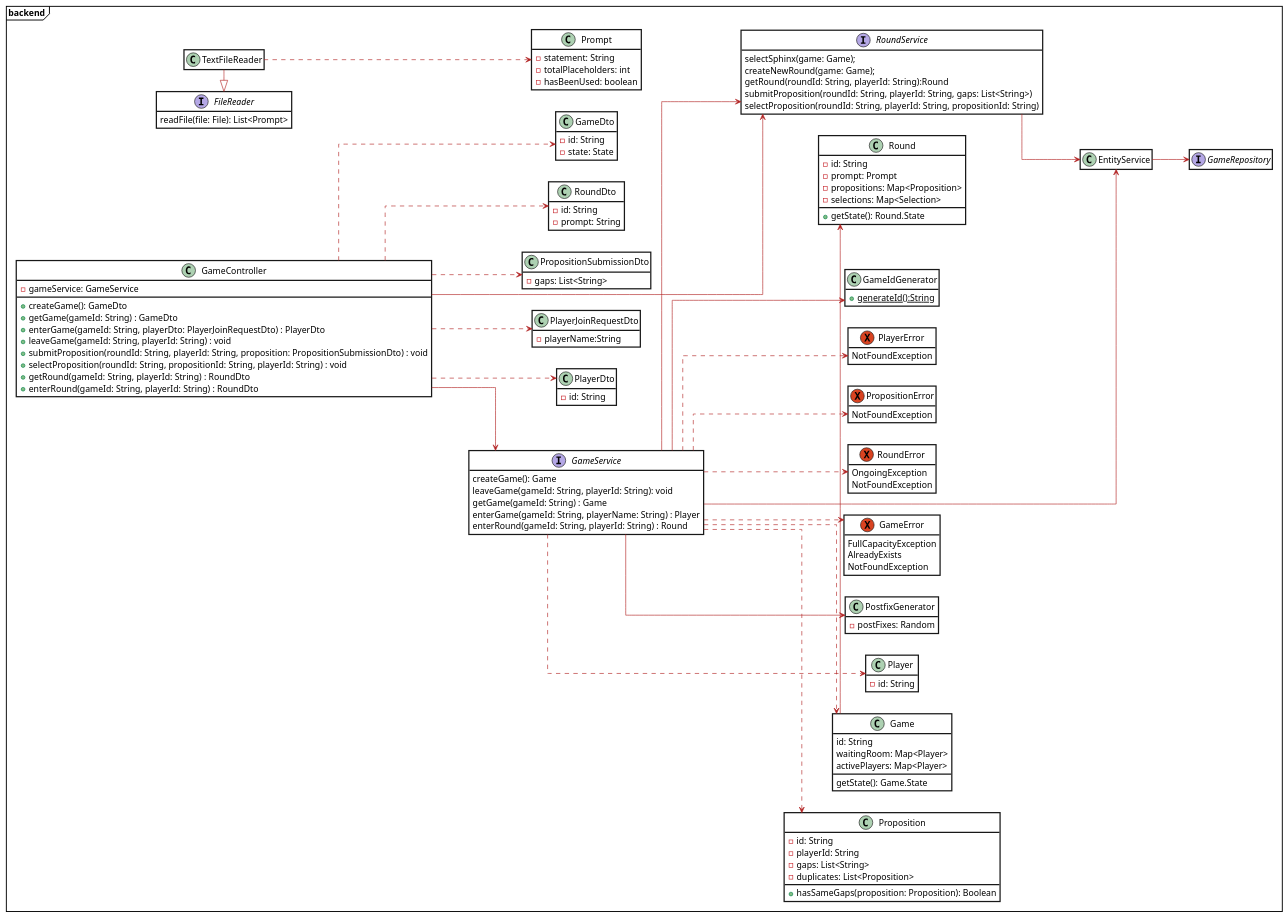
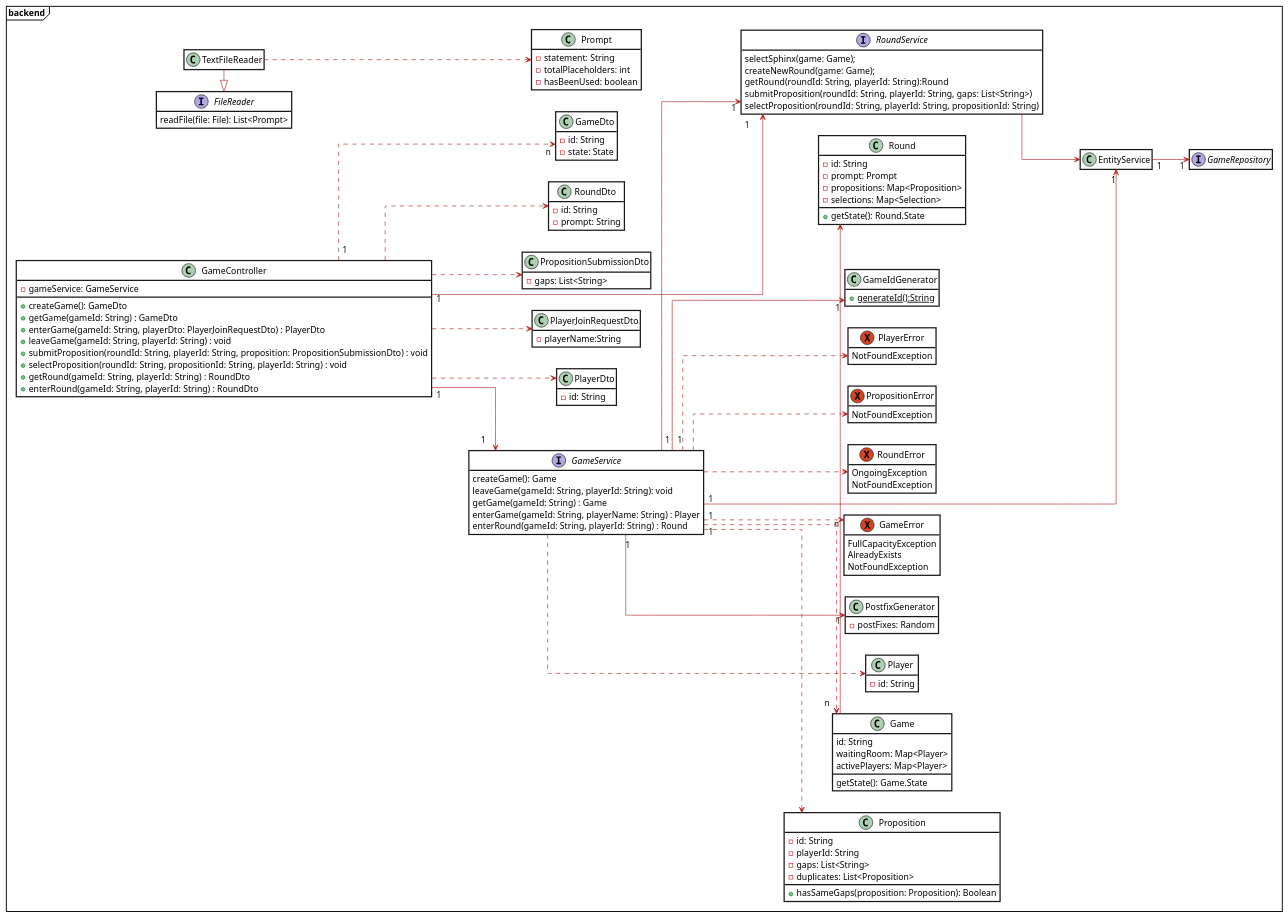
The diagram in docs/diagrams/archive/class_diagram.plantuml (patrickwinti/worldwidewalter), drawn with PlantUML before and after one commit. The commit also changed 6 other files, not shown here.

```diff
--- a/docs/diagrams/archive/class_diagram.plantuml
+++ b/docs/diagrams/archive/class_diagram.plantuml
@@ -1,145 +1,145 @@
 @startuml
 skinparam class {
     BackgroundColor white
     ArrowColor Firebrick
     BorderThickness 2
 }
 skinparam roundcorner 0
 skinparam packagestyle Frame
 hide empty members
 
 package backend{
     left to right direction
     skinparam linetype ortho
 
     hide empty members
     class GameController {
         -gameService: GameService
         +createGame(): GameDto
         +getGame(gameId: String) : GameDto
         +enterGame(gameId: String, playerDto: PlayerJoinRequestDto) : PlayerDto
         +leaveGame(gameId: String, playerId: String) : void
         +submitProposition(roundId: String, playerId: String, proposition: PropositionSubmissionDto) : void
         +selectProposition(roundId: String, propositionId: String, playerId: String) : void
         +getRound(gameId: String, playerId: String) : RoundDto
         +enterRound(gameId: String, playerId: String) : RoundDto
     }
     class GameDto {
         -id: String
         -state: State
     }
     class Game {
         id: String
         waitingRoom: Map<Player>
         activePlayers: Map<Player>
         getState(): Game.State
     }
     class Prompt{
         -statement: String
         -totalPlaceholders: int
         -hasBeenUsed: boolean
     }
 
     class Proposition{
           -id: String
           -playerId: String
           -gaps: List<String>
           -duplicates: List<Proposition>
           +hasSameGaps(proposition: Proposition): Boolean
     }
 
     interface GameService{
        createGame(): Game
        leaveGame(gameId: String, playerId: String): void
        getGame(gameId: String) : Game
        enterGame(gameId: String, playerName: String) : Player
        enterRound(gameId: String, playerId: String) : Round
     }
     interface RoundService{
         selectSphinx(game: Game);
         createNewRound(game: Game);
         getRound(roundId: String, playerId: String):Round
         submitProposition(roundId: String, playerId: String, gaps: List<String>)
         selectProposition(roundId: String, playerId: String, propositionId: String)
     }
     interface GameRepository
     class PlayerDto {
         -id: String
     }
     class PlayerJoinRequestDto {
         -playerName:String
     }
     class PropositionSubmissionDto {
         -gaps: List<String>
     }
     class RoundDto {
         -id: String
         -prompt: String
     }
     class Player {
         -id: String
     }
     class Round {
         -id: String
         -prompt: Prompt
         -propositions: Map<Proposition>
         -selections: Map<Selection>
         +getState(): Round.State
     }
     class PostfixGenerator {
         -postFixes: Random
     }
     exception GameError {
         FullCapacityException
         AlreadyExists
         NotFoundException
     }
     exception RoundError {
         OngoingException
         NotFoundException
     }
     exception PropositionError {
         NotFoundException
     }
     exception PlayerError {
         NotFoundException
     }
 
     interface FileReader{
         readFile(file: File): List<Prompt>
     }
 
     class TextFileReader
     class GameIdGenerator{
         +generateId():String{static}
     }
 
     GameController..>PlayerDto
     GameController..>PlayerJoinRequestDto
     GameController..>PropositionSubmissionDto
     GameController..>RoundDto
-    GameController ..> GameDto
-    GameController --> RoundService
-    GameController --> GameService
+    GameController "1"..>"n" GameDto
+    GameController "1"-->"1" RoundService
+    GameController "1"-->"1" GameService
 
-    GameService ..> Game
+    GameService "1"..>"n" Game
     GameService ..> Player
-    GameService ..> GameError
+    GameService "1"..>"n" GameError
     GameService ..> RoundError
     GameService ..> PlayerError
     GameService ..> PropositionError
-    GameService --> EntityService
+    GameService "1"-->"1" EntityService
     GameService ..> Proposition
-    GameService --> PostfixGenerator
-    GameService --> GameIdGenerator
-    GameService --> RoundService
+    GameService "1"-->"1" PostfixGenerator
+    GameService "1"-->"1" GameIdGenerator
+    GameService "1"-->"1" RoundService
 
-    EntityService --> GameRepository
+    EntityService "1"-->"1" GameRepository
 
     RoundService --> EntityService
 
     TextFileReader ..> Prompt
     FileReader<|-TextFileReader
 
     Game -> Round
 @enduml
```
